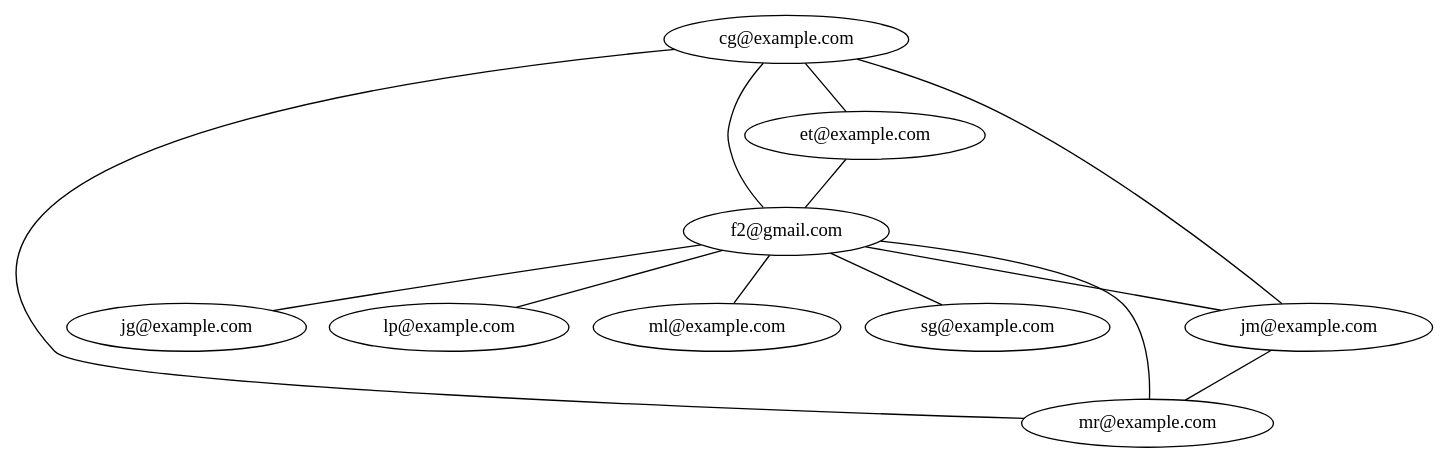
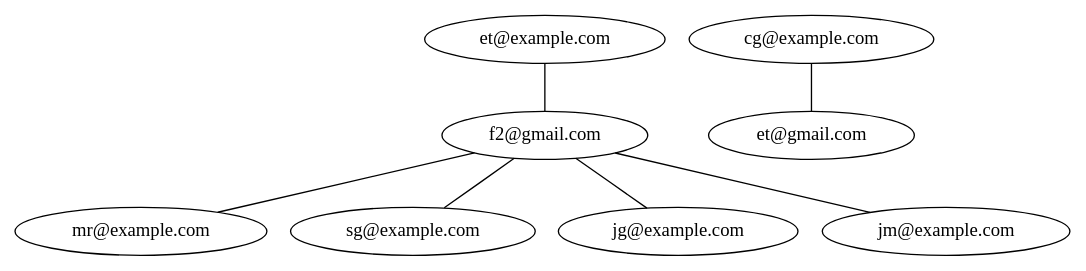
Before and after one commit to Kevin-alvarez1/PROYECTO_MULTIFASES_RED_SOCIAL: the diagram in Fase3/main/build/Desktop_Qt_6_7_2_MinGW_64_bit-Debug/grafo.dot, drawn with Graphviz. The commit also changed 862 other files, not shown here.

```diff
--- a/Fase3/main/build/Desktop_Qt_6_7_2_MinGW_64_bit-Debug/grafo.dot
+++ b/Fase3/main/build/Desktop_Qt_6_7_2_MinGW_64_bit-Debug/grafo.dot
@@ -1,23 +1,16 @@
 digraph G {
 "f2@gmail.com"[label="f2@gmail.com"];
 "f2@gmail.com" -> "mr@example.com"[dir=none];
 "f2@gmail.com" -> "sg@example.com"[dir=none];
 "f2@gmail.com" -> "jg@example.com"[dir=none];
 "f2@gmail.com" -> "jm@example.com"[dir=none];
-"f2@gmail.com" -> "lp@example.com"[dir=none];
-"f2@gmail.com" -> "ml@example.com"[dir=none];
 "mr@example.com"[label="mr@example.com"];
 "sg@example.com"[label="sg@example.com"];
 "jg@example.com"[label="jg@example.com"];
 "jm@example.com"[label="jm@example.com"];
-"jm@example.com" -> "mr@example.com"[dir=none];
-"cg@example.com"[label="cg@example.com"];
-"cg@example.com" -> "f2@gmail.com"[dir=none];
-"cg@example.com" -> "et@example.com"[dir=none];
-"cg@example.com" -> "mr@example.com"[dir=none];
-"cg@example.com" -> "jm@example.com"[dir=none];
-"lp@example.com"[label="lp@example.com"];
-"ml@example.com"[label="ml@example.com"];
 "et@example.com"[label="et@example.com"];
 "et@example.com" -> "f2@gmail.com"[dir=none];
+"cg@example.com"[label="cg@example.com"];
+"cg@example.com" -> "et@gmail.com"[dir=none];
+"et@gmail.com"[label="et@gmail.com"];
 }
```
